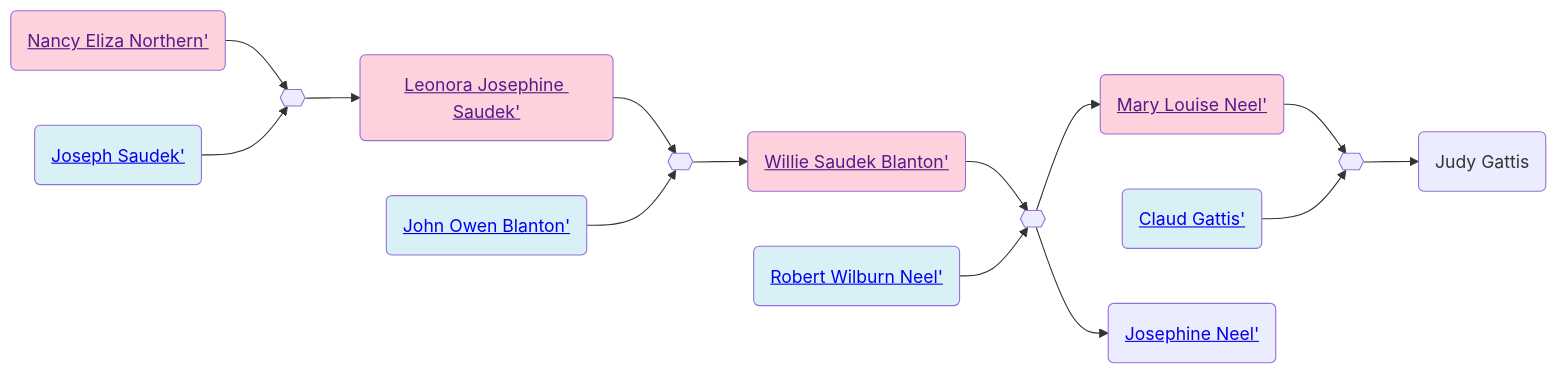
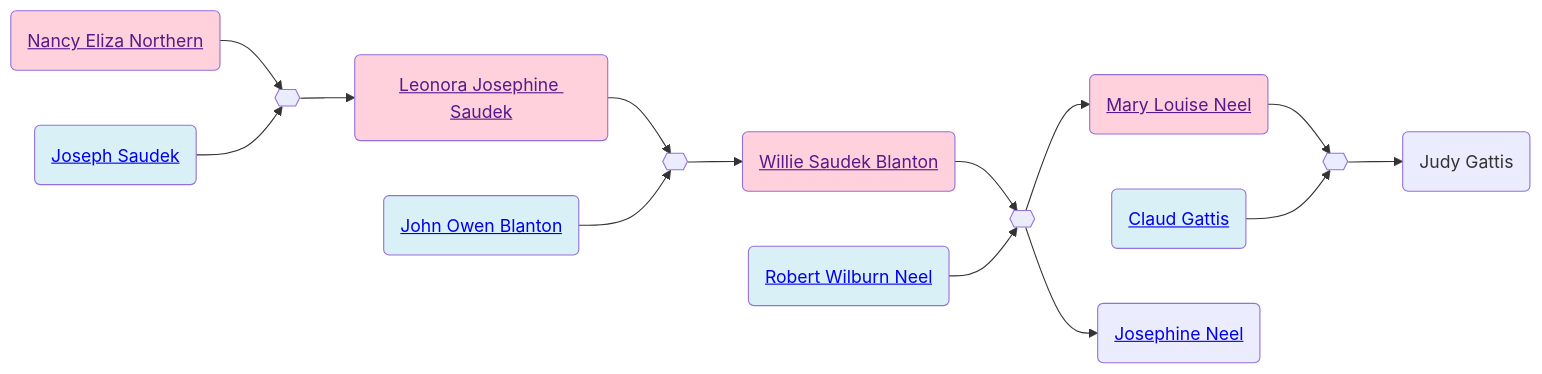
Before and after one commit to neelsmith/avocational: the diagram in familyhistory/sources/people/Neel-line/Blanton-line/Saudek-line/Northern-line/Nancy_Eliza_Northern.qmd, drawn with Mermaid. The commit also changed 96 other files, not shown here.

````diff
--- a/familyhistory/sources/people/Neel-line/Blanton-line/Saudek-line/Northern-line/Nancy_Eliza_Northern.qmd
+++ b/familyhistory/sources/people/Neel-line/Blanton-line/Saudek-line/Northern-line/Nancy_Eliza_Northern.qmd
@@ -26,35 +26,35 @@
 ```{mermaid}
 graph LR
 %% LR descendant diagram
 class Nancy_Eliza_Northern_and_Joseph_Saudek marriage
-Nancy_Eliza_Northern(<a href=''>Nancy Eliza Northern'</>) --> Nancy_Eliza_Northern_and_Joseph_Saudek{{ }}
-Joseph_Saudek(<a href='./../Joseph_Saudek.html'>Joseph Saudek'</>) --> Nancy_Eliza_Northern_and_Joseph_Saudek{{ }}
+Nancy_Eliza_Northern(<a href=''>Nancy Eliza Northern</a>) --> Nancy_Eliza_Northern_and_Joseph_Saudek{{ }}
+Joseph_Saudek(<a href='./../Joseph_Saudek.html'>Joseph Saudek</a>) --> Nancy_Eliza_Northern_and_Joseph_Saudek{{ }}
 class Joseph_Saudek father
 class Nancy_Eliza_Northern mother
-Nancy_Eliza_Northern_and_Joseph_Saudek{{ }} --> Leonora_Josephine_Saudek(<a href='./../Leonora_Josephine_Saudek.html'>Leonora Josephine Saudek'</>)
+Nancy_Eliza_Northern_and_Joseph_Saudek{{ }} --> Leonora_Josephine_Saudek(<a href='./../Leonora_Josephine_Saudek.html'>Leonora Josephine Saudek</a>)
 class Leonora_Josephine_Saudek_and_John_Owen_Blanton marriage
-Leonora_Josephine_Saudek(<a href=''>Leonora Josephine Saudek'</>) --> Leonora_Josephine_Saudek_and_John_Owen_Blanton{{ }}
-John_Owen_Blanton(<a href='./../John_Owen_Blanton.html'>John Owen Blanton'</>) --> Leonora_Josephine_Saudek_and_John_Owen_Blanton{{ }}
+Leonora_Josephine_Saudek(<a href=''>Leonora Josephine Saudek</a>) --> Leonora_Josephine_Saudek_and_John_Owen_Blanton{{ }}
+John_Owen_Blanton(<a href='./../John_Owen_Blanton.html'>John Owen Blanton</a>) --> Leonora_Josephine_Saudek_and_John_Owen_Blanton{{ }}
 class John_Owen_Blanton father
 class Leonora_Josephine_Saudek mother
-Leonora_Josephine_Saudek_and_John_Owen_Blanton{{ }} --> Willie_Saudek_Blanton(<a href='./../Willie_Saudek_Blanton.html'>Willie Saudek Blanton'</>)
+Leonora_Josephine_Saudek_and_John_Owen_Blanton{{ }} --> Willie_Saudek_Blanton(<a href='./../Willie_Saudek_Blanton.html'>Willie Saudek Blanton</a>)
 class Willie_Saudek_Blanton_and_Robert_Wilburn_Neel marriage
-Willie_Saudek_Blanton(<a href=''>Willie Saudek Blanton'</>) --> Willie_Saudek_Blanton_and_Robert_Wilburn_Neel{{ }}
-Robert_Wilburn_Neel(<a href='./../Robert_Wilburn_Neel.html'>Robert Wilburn Neel'</>) --> Willie_Saudek_Blanton_and_Robert_Wilburn_Neel{{ }}
+Willie_Saudek_Blanton(<a href=''>Willie Saudek Blanton</a>) --> Willie_Saudek_Blanton_and_Robert_Wilburn_Neel{{ }}
+Robert_Wilburn_Neel(<a href='./../Robert_Wilburn_Neel.html'>Robert Wilburn Neel</a>) --> Willie_Saudek_Blanton_and_Robert_Wilburn_Neel{{ }}
 class Robert_Wilburn_Neel father
 class Willie_Saudek_Blanton mother
-Willie_Saudek_Blanton_and_Robert_Wilburn_Neel{{ }} --> Mary_Louise_Neel(<a href='./../Mary_Louise_Neel.html'>Mary Louise Neel'</>)
+Willie_Saudek_Blanton_and_Robert_Wilburn_Neel{{ }} --> Mary_Louise_Neel(<a href='./../Mary_Louise_Neel.html'>Mary Louise Neel</a>)
 class Mary_Louise_Neel_and_Claud_Gattis marriage
-Mary_Louise_Neel(<a href=''>Mary Louise Neel'</>) --> Mary_Louise_Neel_and_Claud_Gattis{{ }}
-Claud_Gattis(<a href='./../Gattis-line/Claud_Gattis.html'>Claud Gattis'</>) --> Mary_Louise_Neel_and_Claud_Gattis{{ }}
+Mary_Louise_Neel(<a href=''>Mary Louise Neel</a>) --> Mary_Louise_Neel_and_Claud_Gattis{{ }}
+Claud_Gattis(<a href='./../Gattis-line/Claud_Gattis.html'>Claud Gattis</a>) --> Mary_Louise_Neel_and_Claud_Gattis{{ }}
 class Claud_Gattis father
 class Mary_Louise_Neel mother
 Mary_Louise_Neel_and_Claud_Gattis{{ }} --> Judy_Gattis(Judy Gattis)
 class Robert_Wilburn_Neel father
 class Willie_Saudek_Blanton mother
-Willie_Saudek_Blanton_and_Robert_Wilburn_Neel{{ }} --> Josephine_Neel(<a href='./../Josephine_Neel.html'>Josephine Neel'</>)
+Willie_Saudek_Blanton_and_Robert_Wilburn_Neel{{ }} --> Josephine_Neel(<a href='./../Josephine_Neel.html'>Josephine Neel</a>)
 classDef mother fill:#ffd1dc
 classDef father fill:#daf0f7  
 classDef marriage fill:#ffffff
 
 ```
````
